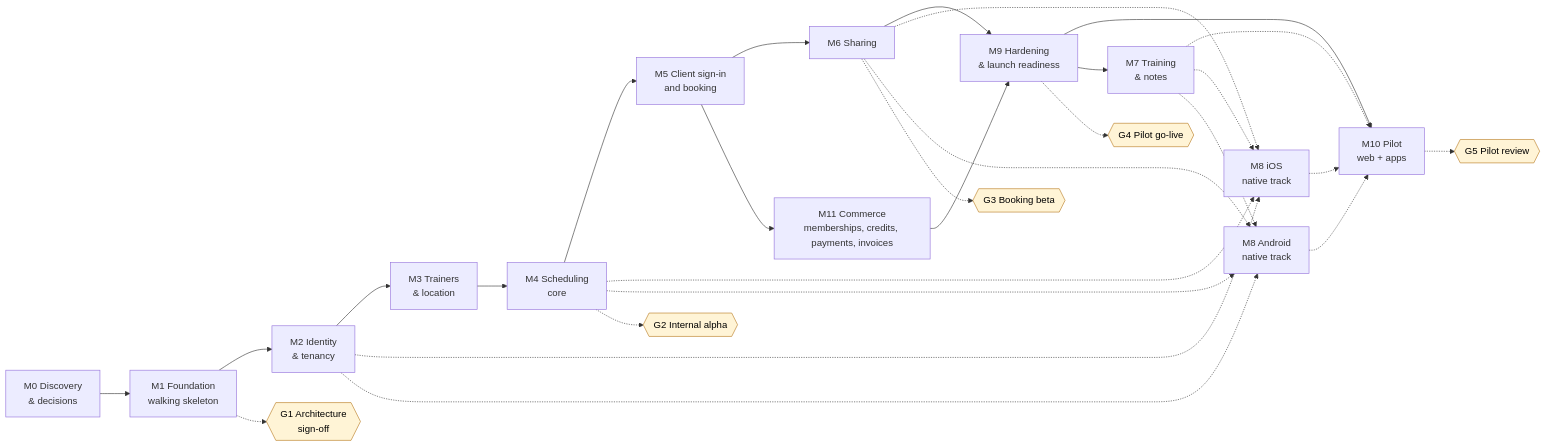
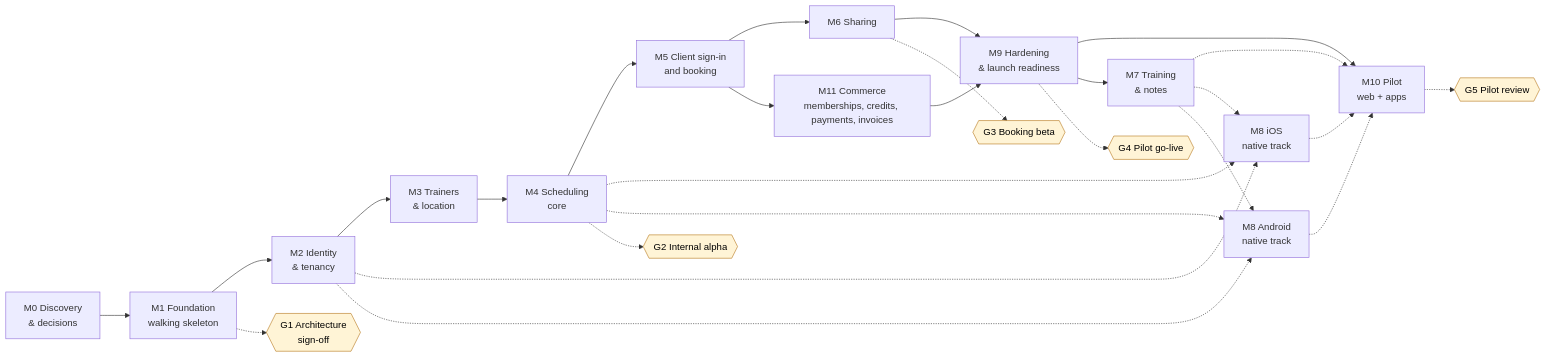
Before and after one commit to fivvi-app/fivvi: the first of 2 diagrams in docs/product/ROADMAP.md, drawn with Mermaid. The commit also changed other lines of this file and 16 other files, not shown here.

````diff
--- a/docs/product/ROADMAP.md
+++ b/docs/product/ROADMAP.md
@@ -83,38 +83,36 @@
 ```mermaid
 flowchart LR
   M0[M0 Discovery<br/>& decisions] --> M1[M1 Foundation<br/>walking skeleton]
   M1 --> M2[M2 Identity<br/>& tenancy]
   M2 --> M3[M3 Trainers<br/>& location]
   M3 --> M4[M4 Scheduling<br/>core]
   M4 --> M5[M5 Client sign-in<br/>and booking]
   M5 --> M6[M6 Sharing]
   M5 --> M11[M11 Commerce<br/>memberships, credits, payments, invoices]
   M6 --> M9[M9 Hardening<br/>& launch readiness]
   M11 --> M9
   M9 --> M10[M10 Pilot<br/>web + apps]
   M9 --> M7[M7 Training<br/>& notes]
   M2 -.-> M8i[M8 iOS<br/>native track]
   M2 -.-> M8a[M8 Android<br/>native track]
   M4 -.-> M8i
   M4 -.-> M8a
-  M6 -.-> M8i
-  M6 -.-> M8a
   M7 -.-> M10
   M7 -.-> M8i
   M7 -.-> M8a
   M8i -.-> M10
   M8a -.-> M10
 
   G1{{G1 Architecture<br/>sign-off}}:::gate
   G2{{G2 Internal alpha}}:::gate
   G3{{G3 Booking beta}}:::gate
   G4{{G4 Pilot go-live}}:::gate
   G5{{G5 Pilot review}}:::gate
   M1 -.-> G1
   M4 -.-> G2
   M6 -.-> G3
   M9 -.-> G4
   M10 -.-> G5
 
   classDef gate fill:#fff4d6,stroke:#b7791f,color:#000;
 ```
````
